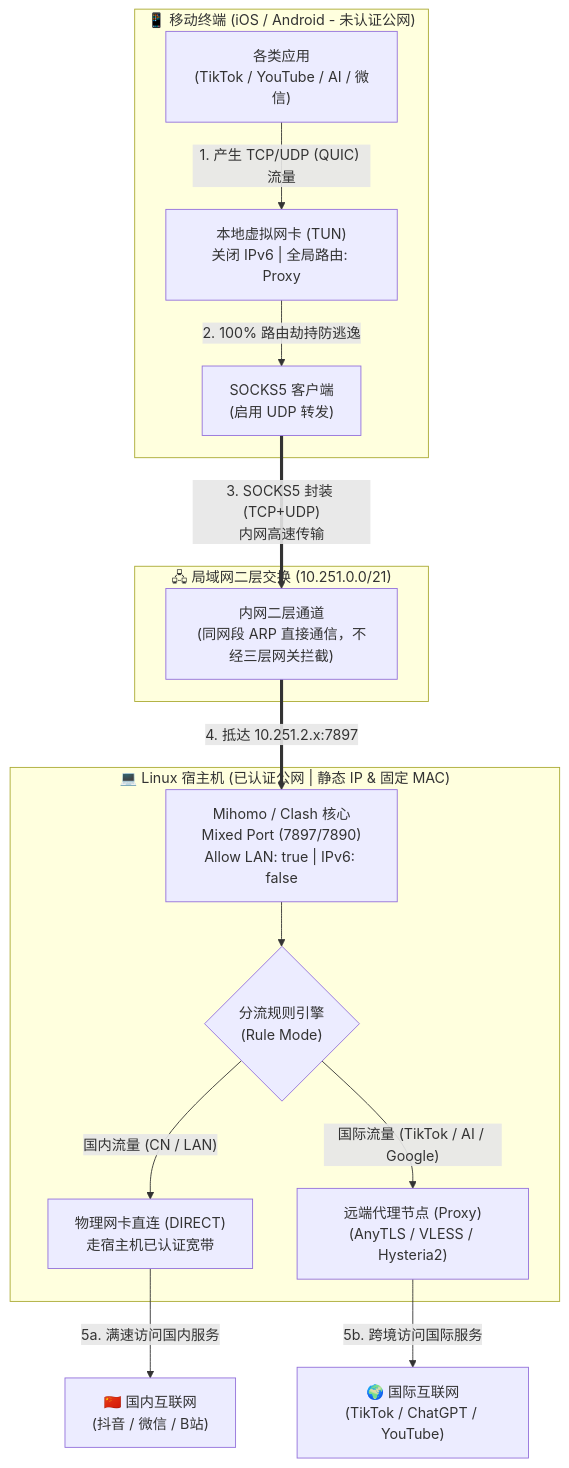
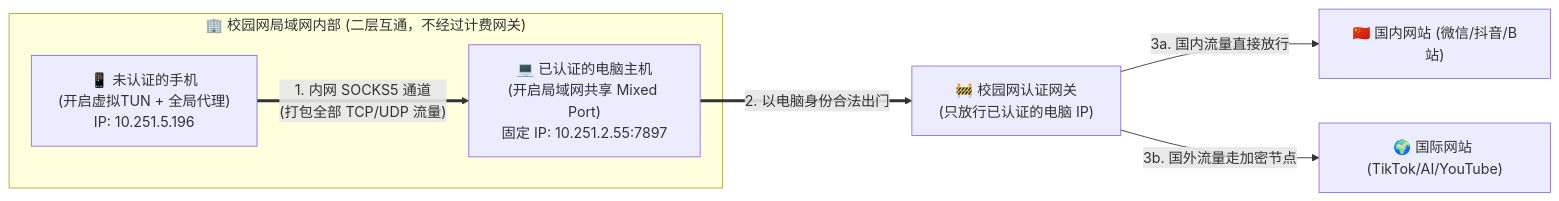
The diagram in README.md (MCKCZY/lan-socks5-tun-network-lab), drawn with Mermaid before and after one commit. The commit also changed other lines of this file, not shown here.

````diff
--- a/README.md
+++ b/README.md
@@ -69,30 +50,16 @@
 ```mermaid
-flowchart TD
-    subgraph Phone["📱 移动终端 (iOS / Android - 未认证公网)"]
-        App["各类应用\n(TikTok / YouTube / AI / 微信)"]
-        TUN["本地虚拟网卡 (TUN)\n关闭 IPv6 | 全局路由: Proxy"]
-        SocksClient["SOCKS5 客户端\n(启用 UDP 转发)"]
-        App -->|"1. 产生 TCP/UDP (QUIC) 流量"| TUN
-        TUN -->|"2. 100% 路由劫持防逃逸"| SocksClient
+flowchart LR
+    subgraph 内网免认证区 ["🏢 校园网局域网内部 (二层互通，不经过计费网关)"]
+        Phone["📱 未认证的手机\n(开启虚拟TUN + 全局代理)\nIP: 10.251.5.196"]
+        PC["💻 已认证的电脑主机\n(开启局域网共享 Mixed Port)\n固定 IP: 10.251.2.55:7897"]
+        Phone ==>|"1. 内网 SOCKS5 通道\n(打包全部 TCP/UDP 流量)"| PC
     end
 
-    subgraph LAN["🖧 局域网二层交换 (10.251.0.0/21)"]
-        L2Switch["内网二层通道\n(同网段 ARP 直接通信，不经三层网关拦截)"]
-    end
+    Gateway["🚧 校园网认证网关\n(只放行已认证的电脑 IP)"]
+    CN["🇨🇳 国内网站 (微信/抖音/B站)"]
+    Global["🌍 国际网站 (TikTok/AI/YouTube)"]
 
-    subgraph LinuxPC["💻 Linux 宿主机 (已认证公网 | 静态 IP & 固定 MAC)"]
-        MixedPort["Mihomo / Clash 核心\nMixed Port (7897/7890)\nAllow LAN: true | IPv6: false"]
-        RuleEngine{"分流规则引擎\n(Rule Mode)"}
-        DirectOut["物理网卡直连 (DIRECT)\n走宿主机已认证宽带"]
-        ProxyOut["远端代理节点 (Proxy)\n(AnyTLS / VLESS / Hysteria2)"]
-        
-        MixedPort --> RuleEngine
-        RuleEngine -->|"国内流量 (CN / LAN)"| DirectOut
-        RuleEngine -->|"国际流量 (TikTok / AI / Google)"| ProxyOut
-    end
-
-    SocksClient ==>|"3. SOCKS5 封装 (TCP+UDP)\n内网高速传输"| L2Switch
-    L2Switch ==>|"4. 抵达 10.251.2.x:7897"| MixedPort
-    DirectOut -->|"5a. 满速访问国内服务"| CNWeb["🇨🇳 国内互联网\n(抖音 / 微信 / B站)"]
-    ProxyOut -->|"5b. 跨境访问国际服务"| GlobalWeb["🌍 国际互联网\n(TikTok / ChatGPT / YouTube)"]
+    PC ==>|"2. 以电脑身份合法出门"| Gateway
+    Gateway -->|"3a. 国内流量直接放行"| CN
+    Gateway -->|"3b. 国外流量走加密节点"| Global
 ```
````
